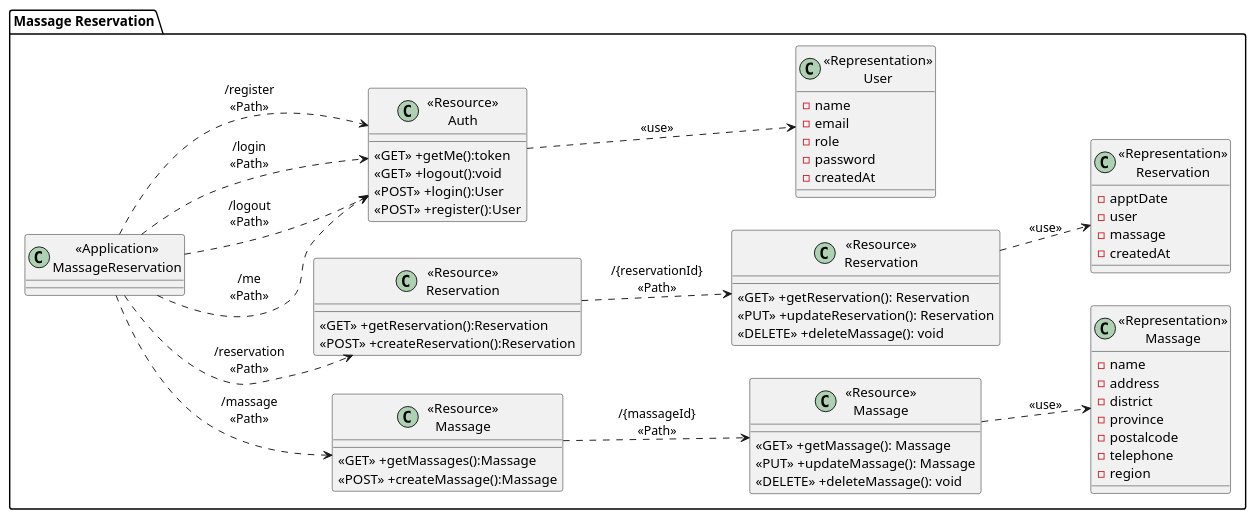
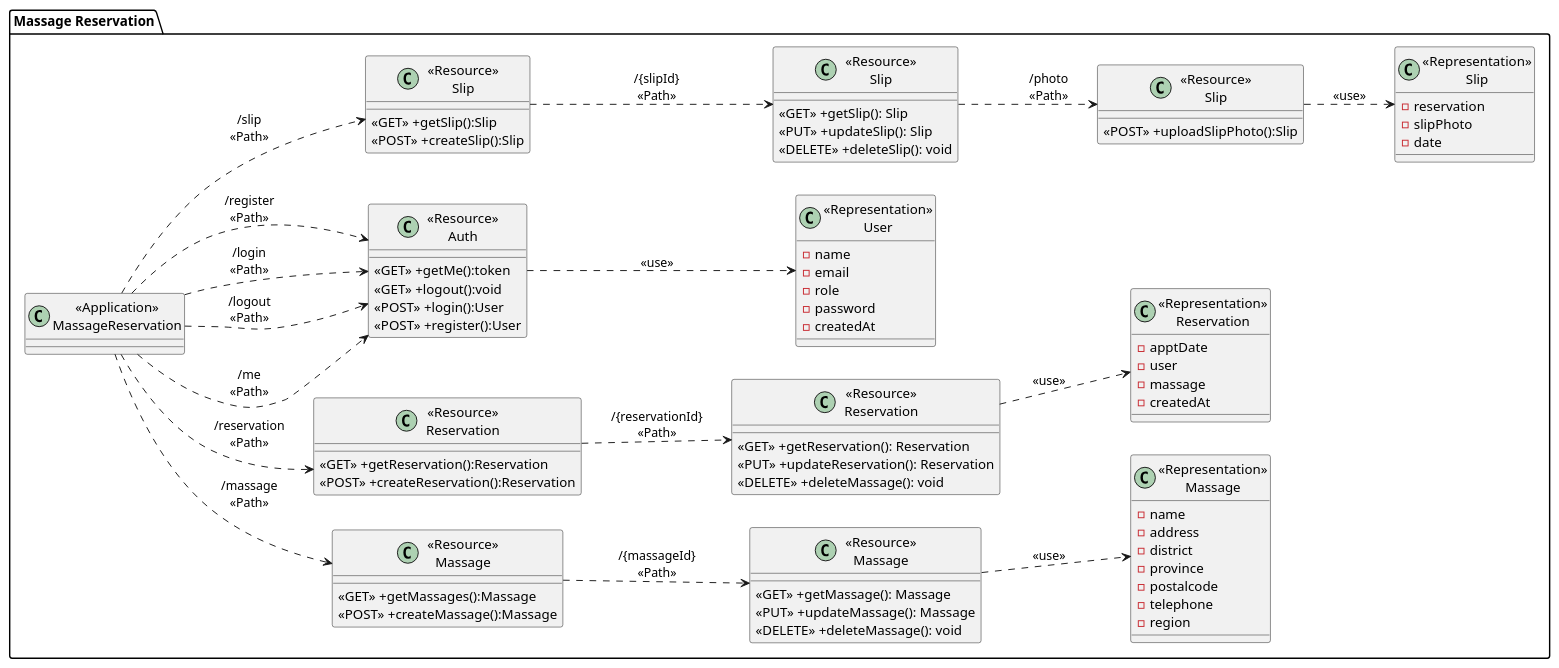
Before and after one commit to 2110503TACEDT66/presentation-day-1-get-a-good-rest-api: the diagram in UML/MassageReservation.puml, drawn with PlantUML. The commit also changed 1 other file, not shown here.

Commit message:
fix UML for slip uploader

```diff
--- a/UML/MassageReservation.puml
+++ b/UML/MassageReservation.puml
@@ -1,79 +1,105 @@
 @startuml MassageReservationDiagram
 left to right direction
 package "Massage Reservation"{
     class "<<Application>>\nMassageReservation" as MassageReservation{}
 
     ' Massage Service
     class "<<Resource>>\nMassage" as ResourceMassages{
         <<GET>> +getMassages():Massage
         <<POST>> +createMassage():Massage
     }
 
     class "<<Resource>>\nMassage" as ResourceMassage {
         <<GET>> +getMassage(): Massage
         <<PUT>> +updateMassage(): Massage
         <<DELETE>> +deleteMassage(): void
     }
 
     class "<<Representation>>\nMassage" as RepresentationMassage {
         -name
         -address
         -district
         -province
         -postalcode
         -telephone
         -region
     }
 
     ' Reservation Service
     class "<<Resource>>\nReservation" as ResourceReservations {
         <<GET>> +getReservation():Reservation
         <<POST>> +createReservation():Reservation 
     }
 
     class "<<Resource>>\nReservation" as ResourceReservation {
         <<GET>> +getReservation(): Reservation
         <<PUT>> +updateReservation(): Reservation
         <<DELETE>> +deleteMassage(): void
     }
 
     class "<<Representation>>\nReservation" as RepresentationReservation {
         -apptDate
         -user
         -massage
         -createdAt
     }
     
     ' Auth service
     class "<<Resource>>\nAuth" as ResourceAuths {
         <<GET>> +getMe():token
         <<GET>> +logout():void
         <<POST>> +login():User 
         <<POST>> +register():User 
     }
 
     class "<<Representation>>\nUser" as RepresentationUser {
         -name
         -email
         -role
         -password
         -createdAt
     }
 
+    class "<<Resource>>\nSlip" as ResourceSlip {
+        <<GET>> +getSlip():Slip
+        <<POST>> +createSlip():Slip
+    }
+
+    class "<<Resource>>\nSlip" as ResourceSlips {
+        <<GET>> +getSlip(): Slip
+        <<PUT>> +updateSlip(): Slip
+        <<DELETE>> +deleteSlip(): void
+    }
+
+    class "<<Representation>>\nSlip" as RepresentationSlip {
+        -reservation
+        -slipPhoto
+        -date
+    }
+
+    class "<<Resource>>\nSlip" as ResourceSlipPhoto {
+        <<POST>> +uploadSlipPhoto():Slip
+    }
+
 }
 
 MassageReservation ..> ResourceAuths:"/me\n<<Path>>"
 MassageReservation ..> ResourceAuths:"/logout\n<<Path>>"
 MassageReservation ..> ResourceAuths:"/login\n<<Path>>"
 MassageReservation ..> ResourceAuths:"/register\n<<Path>>"
 ResourceAuths ..> RepresentationUser: "<<use>>"
 
 MassageReservation ..> ResourceReservations:"/reservation\n<<Path>>"
 ResourceReservations ..> ResourceReservation: "/{reservationId}\n<<Path>>"
 ResourceReservation ..> RepresentationReservation: "<<use>>"
 
 MassageReservation ..> ResourceMassages:"/massage\n<<Path>>"
 ResourceMassages ..> ResourceMassage: "/{massageId}\n<<Path>>"
 ResourceMassage ..> RepresentationMassage: "<<use>>"
 
+MassageReservation ..> ResourceSlip:"/slip\n<<Path>>"
+ResourceSlip ..> ResourceSlips: "/{slipId}\n<<Path>>"
+ResourceSlips ..> ResourceSlipPhoto: "/photo\n<<Path>>"
+ResourceSlipPhoto ..> RepresentationSlip: "<<use>>"
+
 @enduml
```
